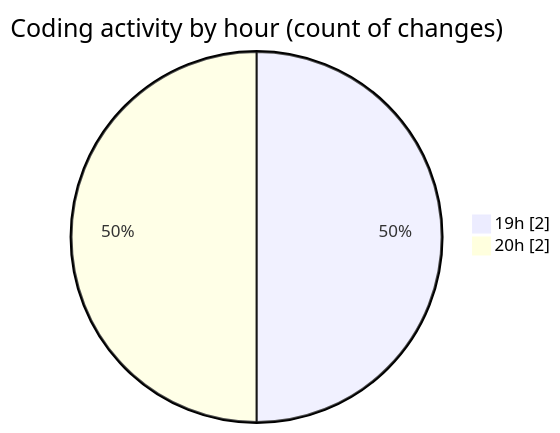
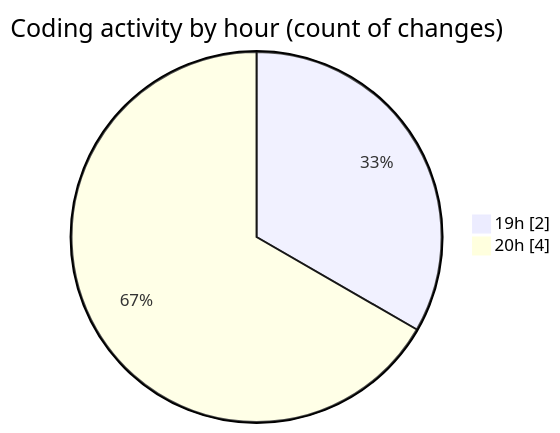
Before and after one commit to Ritupan-Deka/code-tracking: the second of 2 diagrams in 2025-01-20/projects/README.md, drawn with Mermaid. The commit also changed other lines of this file and 1 other file, not shown here.

````diff
--- a/2025-01-20/projects/README.md
+++ b/2025-01-20/projects/README.md
@@ -28,6 +28,6 @@
 ```mermaid
 pie showData
 title Coding activity by hour (count of changes)
 "19h" : 2
-"20h" : 2
+"20h" : 4
 ```
````
